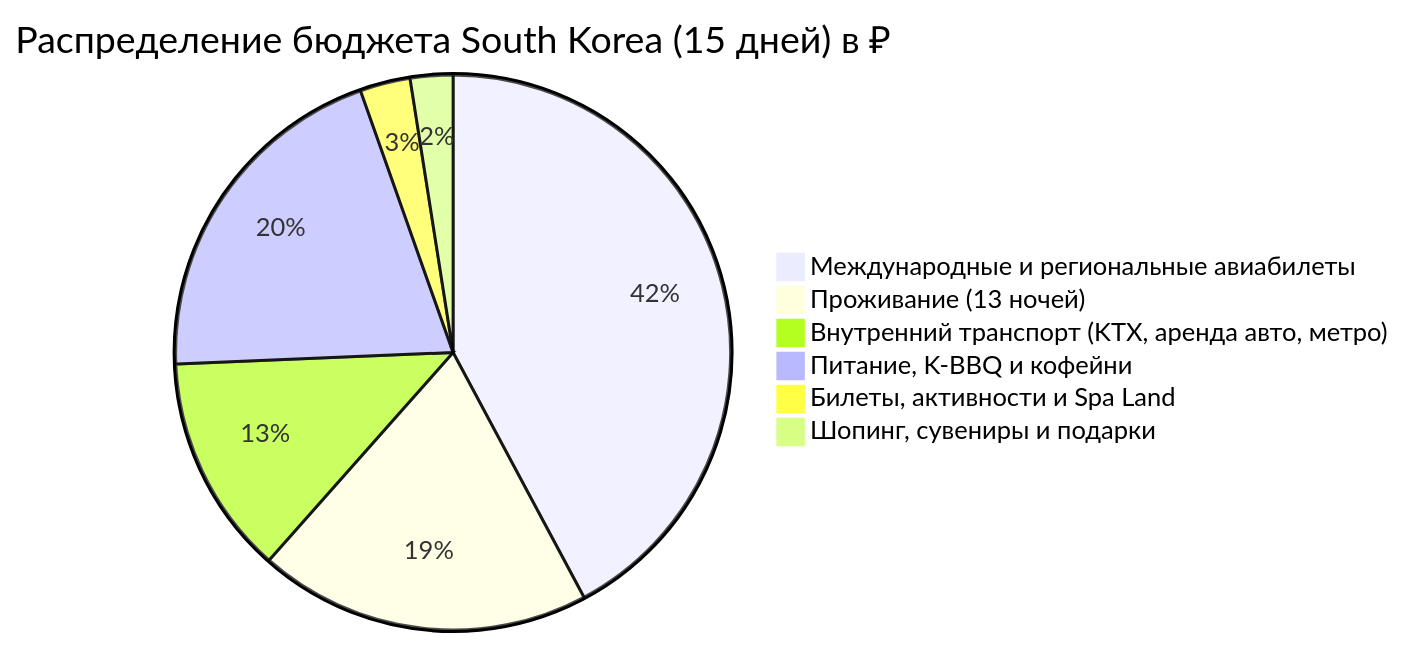
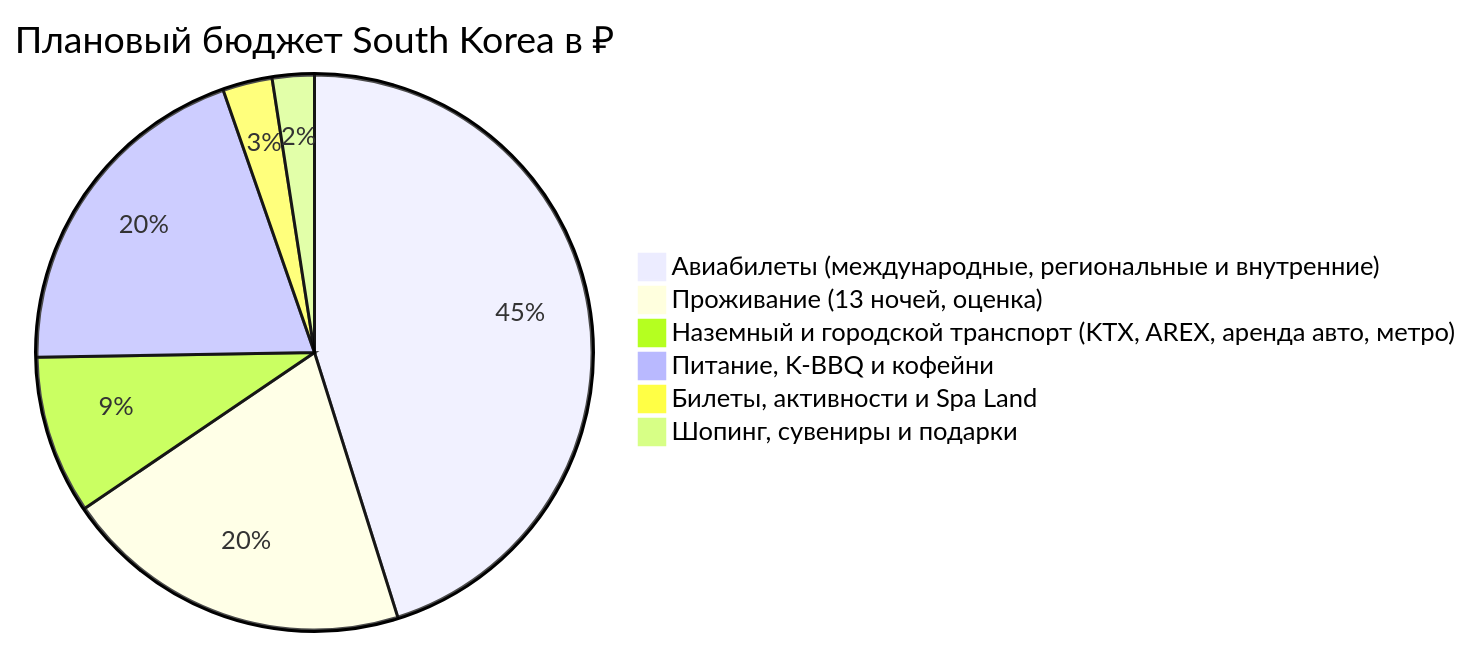
Before and after one commit to injurka/obsidian-mark: the diagram in Personal Note/Travel/-- South Korea/04 - Финансы/Финансы.md, drawn with Mermaid. The commit also changed other lines of this file and 27 other files, not shown here.

````diff
--- a/Personal Note/Travel/-- South Korea/04 - Финансы/Финансы.md
+++ b/Personal Note/Travel/-- South Korea/04 - Финансы/Финансы.md
@@ -11,9 +13,9 @@
 ```mermaid
-pie title Распределение бюджета South Korea (15 дней) в ₽
-    "Международные и региональные авиабилеты" : 85000
-    "Проживание (13 ночей)" : 39000
-    "Внутренний транспорт (KTX, аренда авто, метро)" : 25800
+pie title Плановый бюджет South Korea в ₽
+    "Авиабилеты (международные, региональные и внутренние)" : 92350
+    "Проживание (13 ночей, оценка)" : 41650
+    "Наземный и городской транспорт (KTX, AREX, аренда авто, метро)" : 18850
     "Питание, K-BBQ и кофейни" : 40800
     "Билеты, активности и Spa Land" : 5900
     "Шопинг, сувениры и подарки" : 5000
 ```
````
